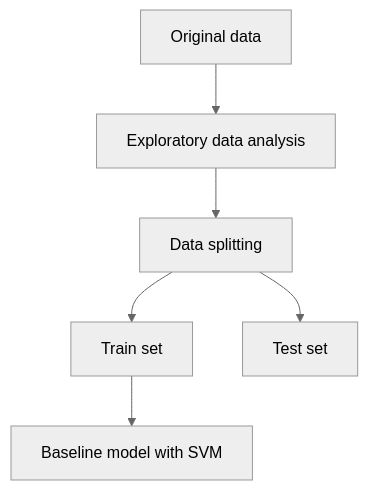
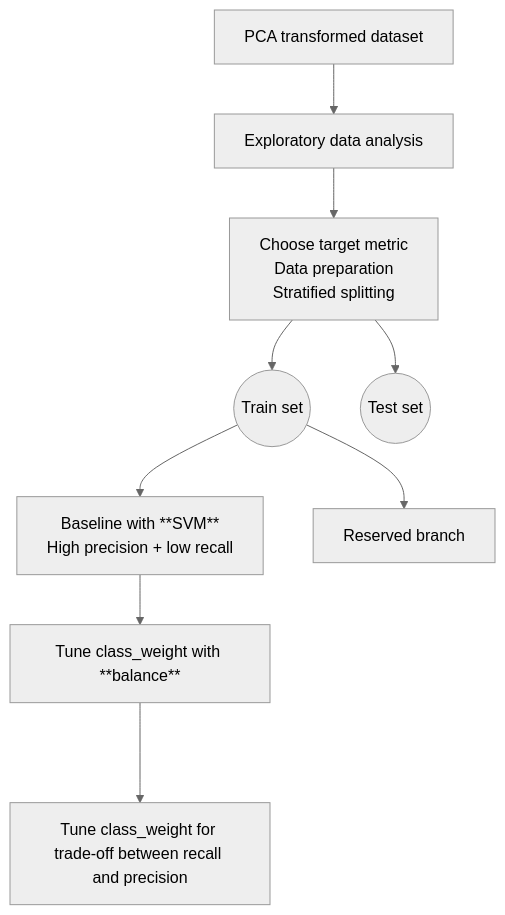
One commit to trungdung1711/credit-card-fraud-detection changed the diagram in IDEA.md. Above: the diagram before and after it, drawn with Mermaid (neutral theme). The commit also changed other lines of this file and 1 other file, not shown here.

Commit message:
feat: :sparkles: tune SVM baseline with class_weight (trade-off bet precision and recall), add a simple idea file

````diff
--- a/IDEA.md
+++ b/IDEA.md
@@ -3,7 +3,22 @@
 ```mermaid
-    flowchart TD
-    0[Original data] --> 1[Exploratory data analysis] --> A
-    A[Data splitting] --> B[Train set]
-    A --> C[Test set]
-    B --> D[Baseline model with SVM]
+    graph TD
+    0[PCA transformed dataset] --> 1[Exploratory data analysis] --> A
+    A[
+        Choose target metric
+        Data preparation
+        Stratified splitting
+    ] --> B((Train set))
+    A --> C((Test set))
+    B --> D[
+        Baseline with **SVM**
+        High precision + low recall
+    ]
+    D --> E[Tune class_weight with **balance**]
+
+    E ---> F[Tune class_weight for trade-off between recall and precision]
+
+
+    B --> L[
+        Reserved branch
+    ]
 ```
````
